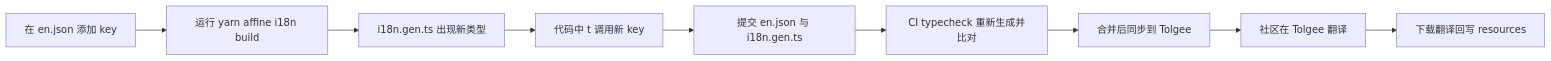
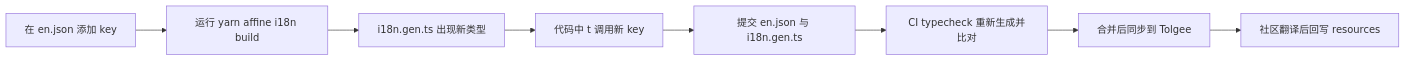
The third of 3 diagrams in learning-guide/slides/decks/18.md (lfire/AFFiNE), drawn with Mermaid before and after one commit. The commit also changed other lines of this file and 46 other files, not shown here.

````diff
--- a/learning-guide/slides/decks/18.md
+++ b/learning-guide/slides/decks/18.md
@@ -352,11 +429,10 @@
 ```mermaid
 flowchart LR
-  A[在 en.json 添加 key] --> B[运行 yarn affine i18n build]
-  B --> C[i18n.gen.ts 出现新类型]
-  C --> D[代码中 t 调用新 key]
-  D --> E[提交 en.json 与 i18n.gen.ts]
-  E --> F[CI typecheck 重新生成并比对]
-  F --> G[合并后同步到 Tolgee]
-  G --> H[社区在 Tolgee 翻译]
-  H --> I[下载翻译回写 resources]
+  A["在 en.json 添加 key"] --> B["运行 yarn affine i18n build"]
+  B --> C["i18n.gen.ts 出现新类型"]
+  C --> D["代码中 t 调用新 key"]
+  D --> E["提交 en.json 与 i18n.gen.ts"]
+  E --> F["CI typecheck 重新生成并比对"]
+  F --> G["合并后同步到 Tolgee"]
+  G --> H["社区翻译后回写 resources"]
 ```
````
